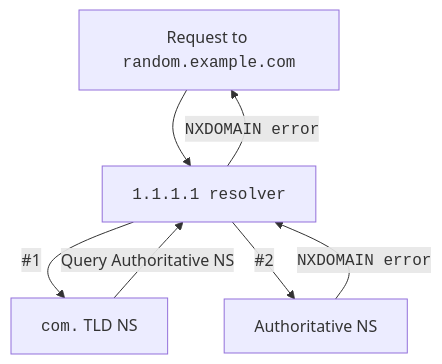
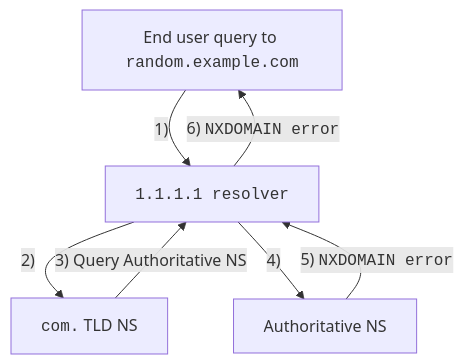
The second of 2 diagrams in content/dns/dns-firewall/random-prefix-attacks/about.md (cloudflare/cloudflare-docs), drawn with Mermaid before and after one commit. The commit also changed other lines of this file, not shown here.

Commit message:
added numbers to all steps

```diff
--- a/content/dns/dns-firewall/random-prefix-attacks/about.md
+++ b/content/dns/dns-firewall/random-prefix-attacks/about.md
@@ -35,10 +35,10 @@
 <div class="mermaid">
     flowchart TD
       accTitle: Random prefix attacks diagram
-      A[Request to <code>random.example.com</code>] --> B[<code>1.1.1.1 resolver</code>]
-      B -- #1 --> C[<code>com.</code> TLD NS]
-      C -- Query Authoritative NS --> B
-      B -- #2 --> D[Authoritative NS]
-      D --<code>NXDOMAIN error</code>--> B
-      B --<code>NXDOMAIN error</code>--> A
+      A[End user query to <code>random.example.com</code>] --"1)"--> B[<code>1.1.1.1 resolver</code>]
+      B -- "2)" --> C[<code>com.</code> TLD NS]
+      C -- "3)" Query Authoritative NS --> B
+      B -- "4)" --> D[Authoritative NS]
+      D --"5)" <code>NXDOMAIN error</code>--> B
+      B --"6)" <code>NXDOMAIN error</code>--> A
 </div>
```
